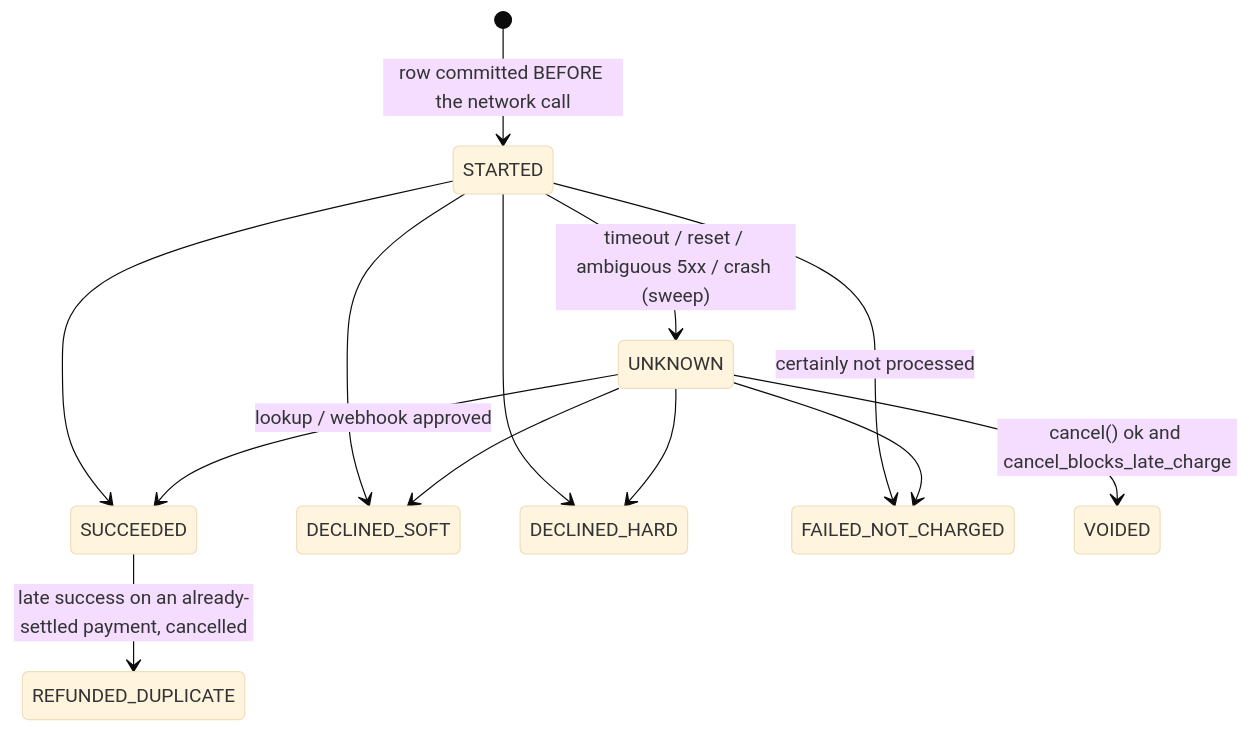
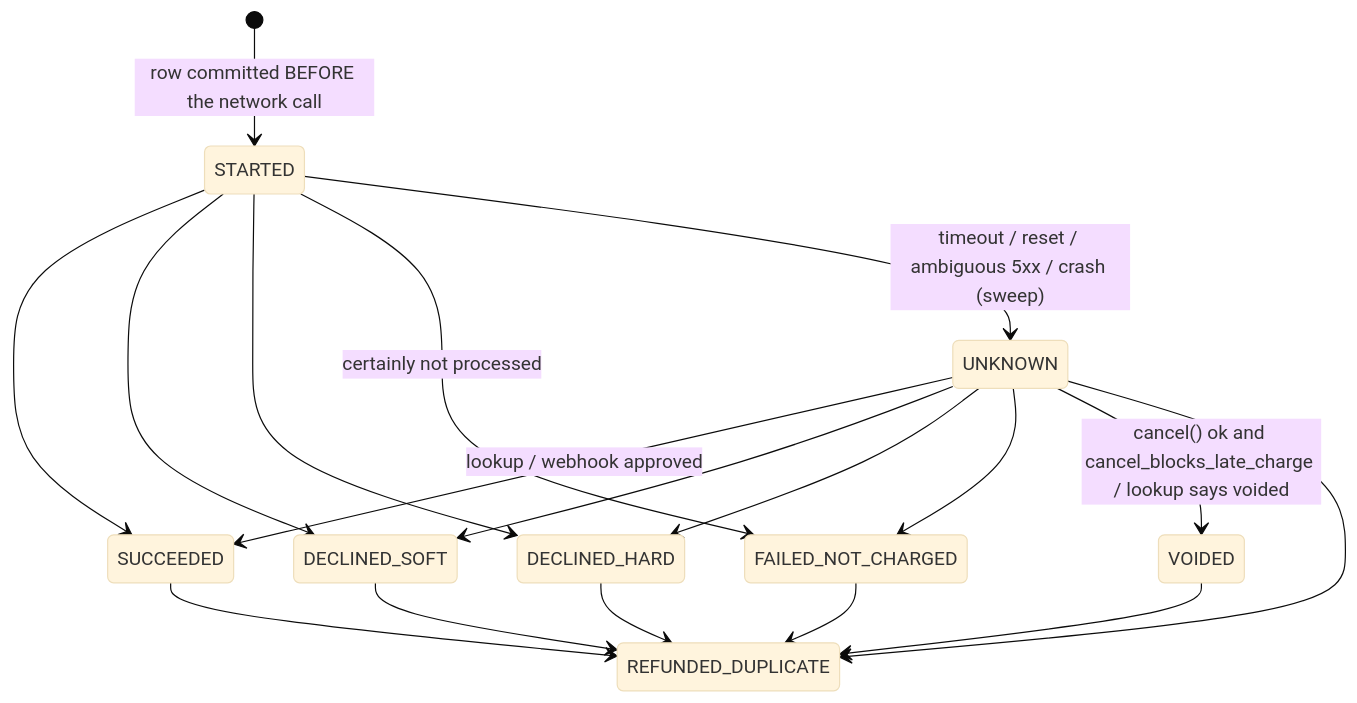
One commit to Bucha11/test-payments-system changed the third of 3 diagrams in DESIGN.md. Above: the diagram before and after it, drawn with Mermaid (base theme). The commit also changed other lines of this file and 10 other files, not shown here.

First line of the commit message:
M5-M6: property test, demo, README, CI; verify success webhooks via lookup

````diff
--- a/DESIGN.md
+++ b/DESIGN.md
@@ -51,15 +55,20 @@
 ```mermaid
 stateDiagram-v2
     [*] --> STARTED: row committed BEFORE the network call
     STARTED --> SUCCEEDED
     STARTED --> DECLINED_SOFT
     STARTED --> DECLINED_HARD
     STARTED --> FAILED_NOT_CHARGED: certainly not processed
     STARTED --> UNKNOWN: timeout / reset / ambiguous 5xx / crash (sweep)
     UNKNOWN --> SUCCEEDED: lookup / webhook approved
     UNKNOWN --> DECLINED_SOFT
     UNKNOWN --> DECLINED_HARD
     UNKNOWN --> FAILED_NOT_CHARGED
-    UNKNOWN --> VOIDED: cancel() ok and cancel_blocks_late_charge
-    SUCCEEDED --> REFUNDED_DUPLICATE: late success on an already-settled payment, cancelled
+    UNKNOWN --> VOIDED: cancel() ok and cancel_blocks_late_charge / lookup says voided
+    SUCCEEDED --> REFUNDED_DUPLICATE
+    UNKNOWN --> REFUNDED_DUPLICATE
+    DECLINED_SOFT --> REFUNDED_DUPLICATE
+    DECLINED_HARD --> REFUNDED_DUPLICATE
+    FAILED_NOT_CHARGED --> REFUNDED_DUPLICATE
+    VOIDED --> REFUNDED_DUPLICATE
 ```
````
